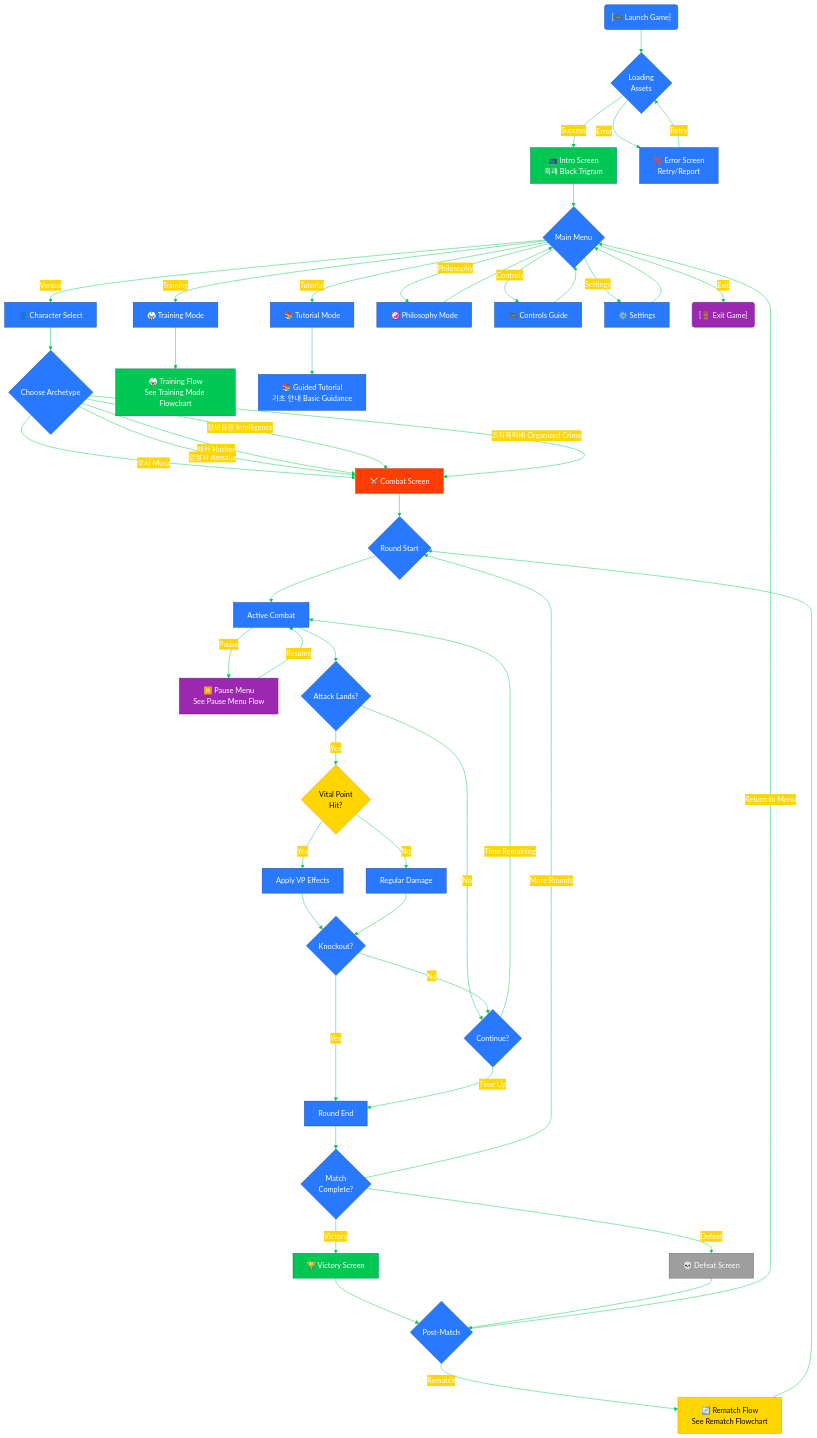
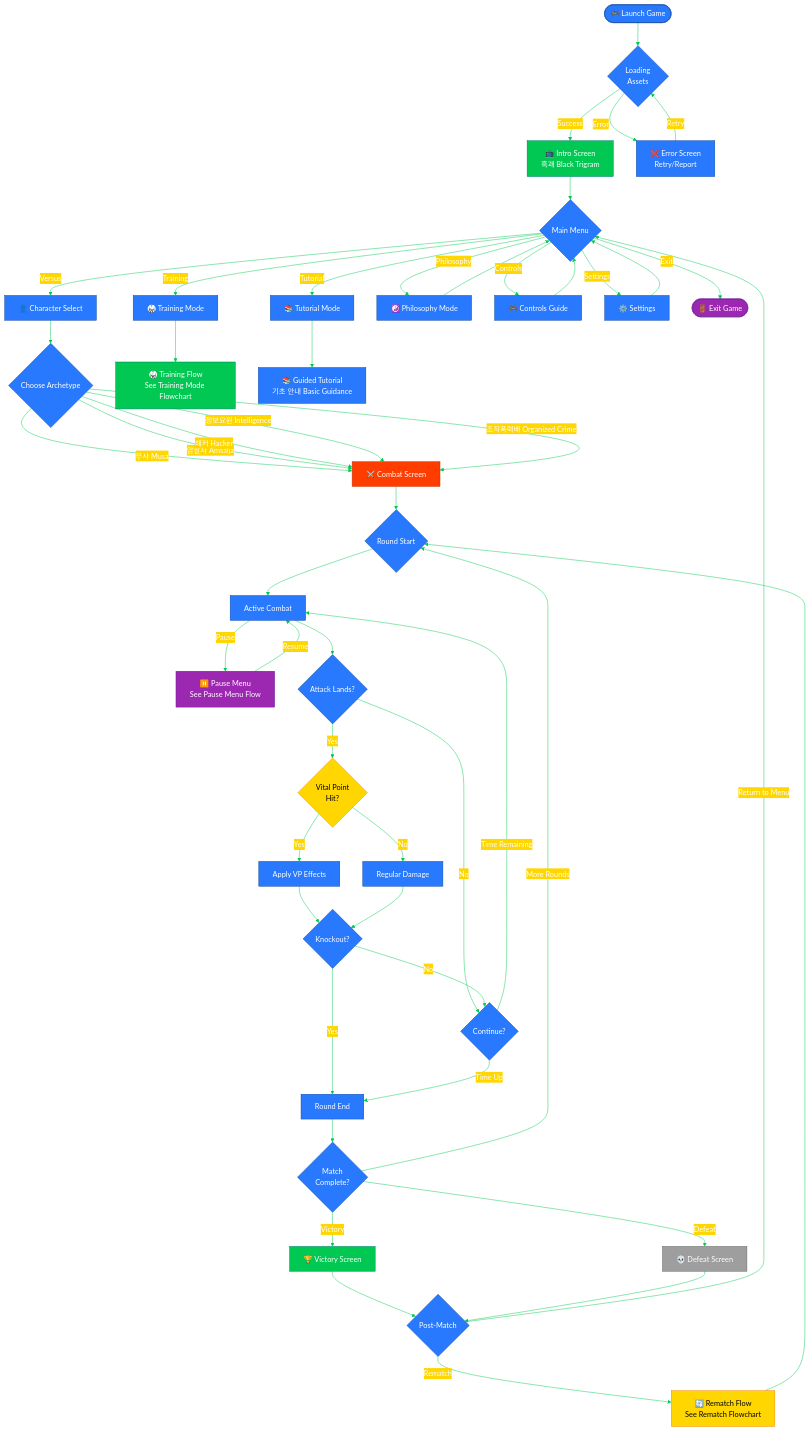
Before and after one commit to Hack23/blacktrigram: the first of 11 diagrams in FLOWCHART.md, drawn with Mermaid. The commit also changed other lines of this file and 3 other files, not shown here.

First line of the commit message:
fix: address PR review comments - pin deps, fix mermaid extractor, fix stadium nodes

````diff
--- a/FLOWCHART.md
+++ b/FLOWCHART.md
@@ -41,77 +41,77 @@
 ```mermaid
 %%{init: {'theme':'base', 'themeVariables': {'primaryColor':'#2979FF','primaryTextColor':'#fff','primaryBorderColor':'#0D47A1','lineColor':'#00C853','secondaryColor':'#FFD600','tertiaryColor':'#FF3D00'}}}%%
 flowchart TD
-    Start("[🎮 Launch Game]") --> Load{Loading<br/>Assets}
+    Start(["🎮 Launch Game"]) --> Load{Loading<br/>Assets}
 
     Load -->|Success| Intro["📺 Intro Screen<br/>흑괘 Black Trigram"]
     Load -->|Error| Error["❌ Error Screen<br/>Retry/Report"]
     Error -->|Retry| Load
 
     Intro --> Menu{Main Menu}
 
     Menu -->|Training| Training["🥋 Training Mode"]
     Menu -->|Versus| CharSelect["👤 Character Select"]
     Menu -->|Tutorial| Tutorial["📚 Tutorial Mode"]
     Menu -->|Philosophy| Philosophy["☯️ Philosophy Mode"]
     Menu -->|Controls| Controls["🎮 Controls Guide"]
     Menu -->|Settings| Settings["⚙️ Settings"]
-    Menu -->|Exit| Exit("[🚪 Exit Game]")
+    Menu -->|Exit| Exit(["🚪 Exit Game"])
 
     Settings --> Menu
     Philosophy --> Menu
     Controls --> Menu
 
     CharSelect --> SelectArchetype{Choose Archetype}
     SelectArchetype -->|무사 Musa| Combat
     SelectArchetype -->|암살자 Amsalja| Combat
     SelectArchetype -->|해커 Hacker| Combat
     SelectArchetype -->|정보요원 Intelligence| Combat
     SelectArchetype -->|조직폭력배 Organized Crime| Combat
 
     Training --> TrainingFlow["🥋 Training Flow<br/>See Training Mode Flowchart"]
     Tutorial --> TutorialGuide["📚 Guided Tutorial<br/>기초 안내 Basic Guidance"]
 
     Combat["⚔️ Combat Screen"] --> Round{Round Start}
     Round --> Fight[Active Combat]
 
     Fight -->|Pause| PauseMenu["⏸️ Pause Menu<br/>See Pause Menu Flow"]
     PauseMenu -->|Resume| Fight
 
     Fight --> HitCheck{Attack Lands?}
     HitCheck -->|Yes| VPCheck{Vital Point<br/>Hit?}
     HitCheck -->|No| ContinueFight{Continue?}
 
     VPCheck -->|Yes| VPEffect[Apply VP Effects]
     VPCheck -->|No| RegularDmg[Regular Damage]
 
     VPEffect --> CheckKO{Knockout?}
     RegularDmg --> CheckKO
 
     CheckKO -->|Yes| RoundEnd[Round End]
     CheckKO -->|No| ContinueFight
 
     ContinueFight -->|Time Remaining| Fight
     ContinueFight -->|Time Up| RoundEnd
 
     RoundEnd --> MatchCheck{Match<br/>Complete?}
     MatchCheck -->|More Rounds| Round
     MatchCheck -->|Victory| Victory["🏆 Victory Screen"]
     MatchCheck -->|Defeat| Defeat["💀 Defeat Screen"]
 
     Victory --> PostMatch{Post-Match}
     Defeat --> PostMatch
     PostMatch -->|Return to Menu| Menu
     PostMatch -->|Rematch| RematchFlow["🔄 Rematch Flow<br/>See Rematch Flowchart"]
     RematchFlow --> Round
 
     style Start fill:#2979FF,stroke:#0D47A1,color:#fff
     style Intro fill:#00C853,stroke:#00796B,color:#fff
     style Combat fill:#FF3D00,stroke:#BF360C,color:#fff
     style VPCheck fill:#FFD600,stroke:#F57F17,color:#000
     style Victory fill:#00C853,stroke:#00796B,color:#fff
     style Defeat fill:#9E9E9E,stroke:#616161,color:#fff
     style Exit fill:#9C27B0,stroke:#6A1B9A,color:#fff
     style PauseMenu fill:#9C27B0,stroke:#6A1B9A,color:#fff
     style TrainingFlow fill:#00C853,stroke:#00796B,color:#fff
     style RematchFlow fill:#FFD600,stroke:#F57F17,color:#000
 ```
````
